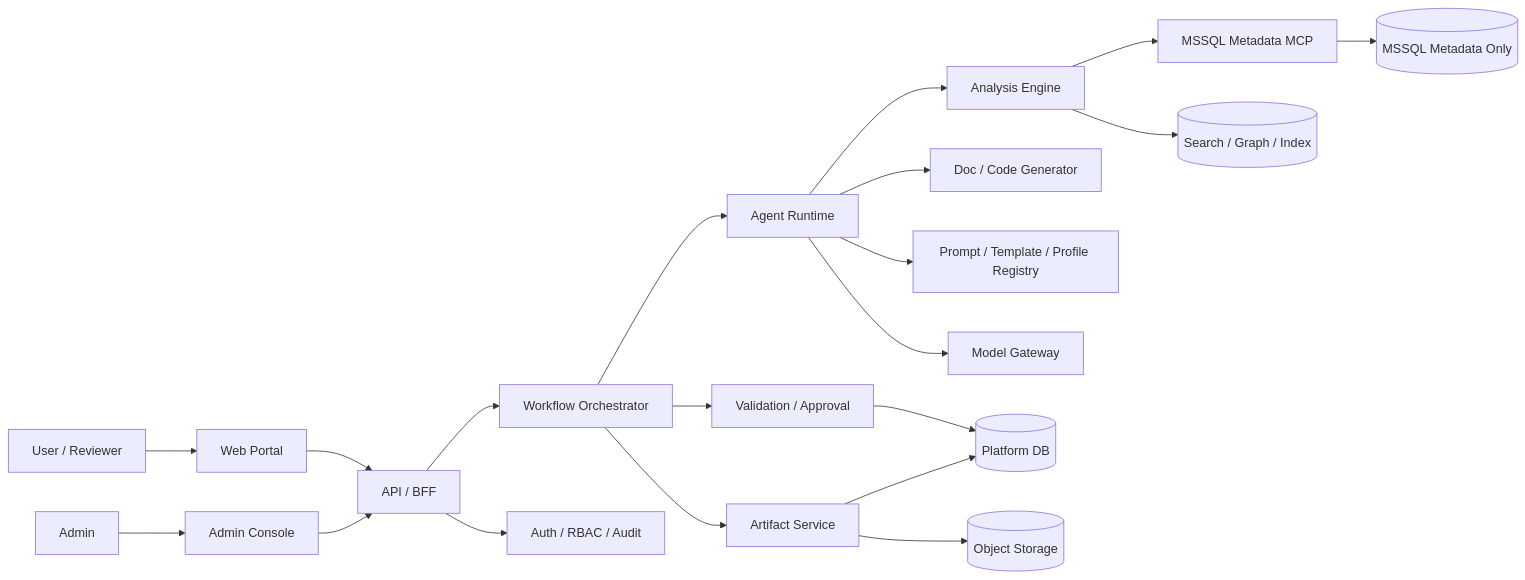
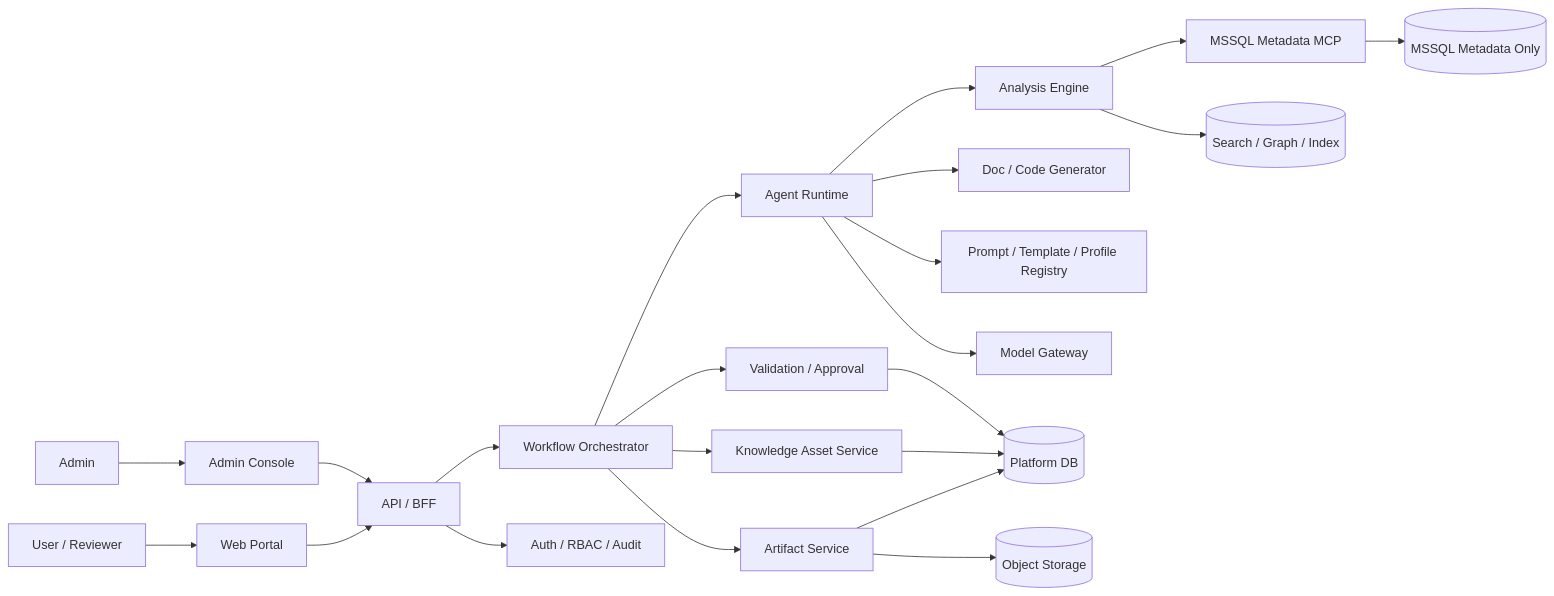
The diagram in ARCHITECTURE.md (42-saoh/mssql_ai_project), drawn with Mermaid before and after one commit. The commit also changed other lines of this file and 55 other files, not shown here.

````diff
--- a/ARCHITECTURE.md
+++ b/ARCHITECTURE.md
@@ -32,27 +32,29 @@
 ```mermaid
 flowchart LR
     U[User / Reviewer] --> WP[Web Portal]
     A[Admin] --> AC[Admin Console]
     WP --> API[API / BFF]
     AC --> API
 
     API --> WF[Workflow Orchestrator]
     API --> IAM[Auth / RBAC / Audit]
 
     WF --> AR[Agent Runtime]
     WF --> VAL[Validation / Approval]
     WF --> ART[Artifact Service]
+    WF --> KAS[Knowledge Asset Service]
 
     AR --> ANALYSIS[Analysis Engine]
     AR --> GEN[Doc / Code Generator]
     AR --> REG[Prompt / Template / Profile Registry]
     AR --> MGW[Model Gateway]
 
     ANALYSIS --> MCP[MSSQL Metadata MCP]
     MCP --> MSSQL[(MSSQL Metadata Only)]
 
     ART --> PDB[(Platform DB)]
     ART --> OBJ[(Object Storage)]
+    KAS --> PDB
     ANALYSIS --> IDX[(Search / Graph / Index)]
     VAL --> PDB
 ```
````
